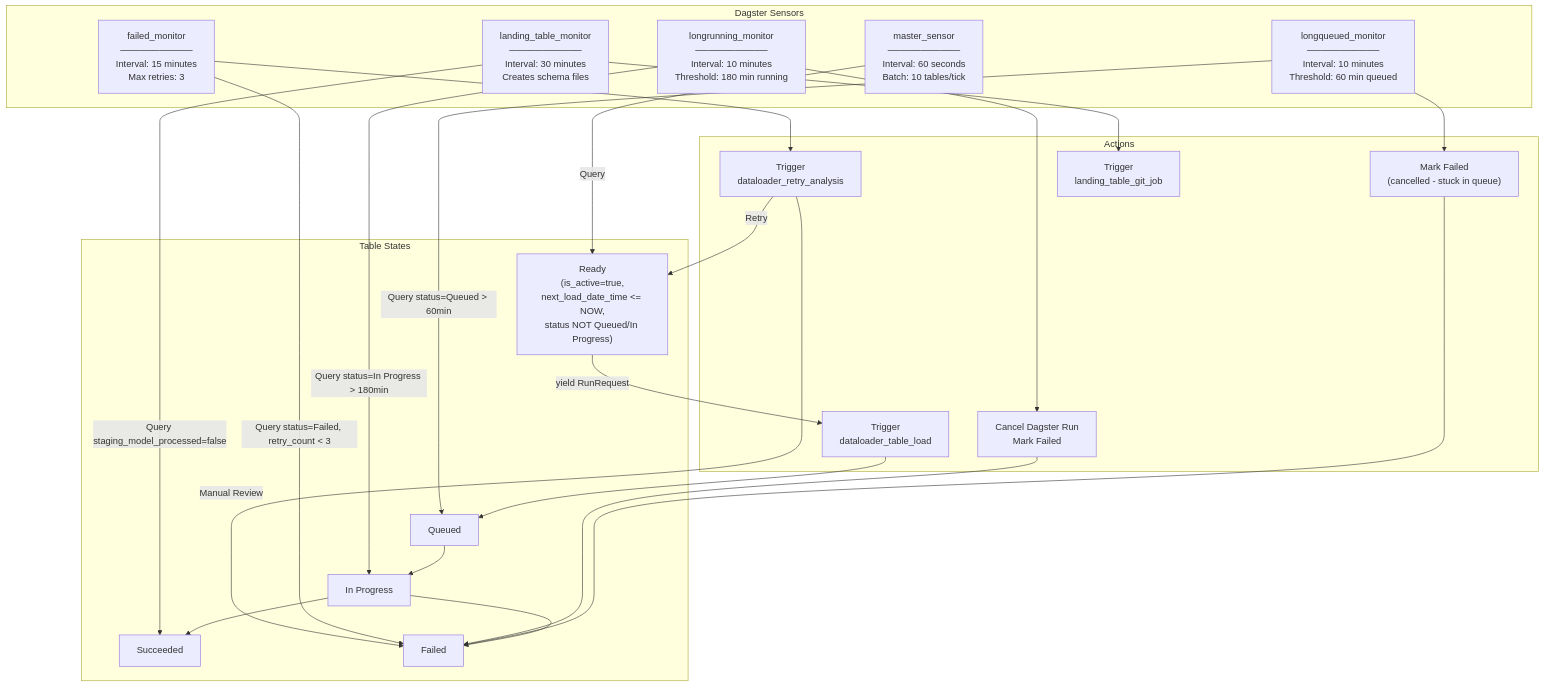
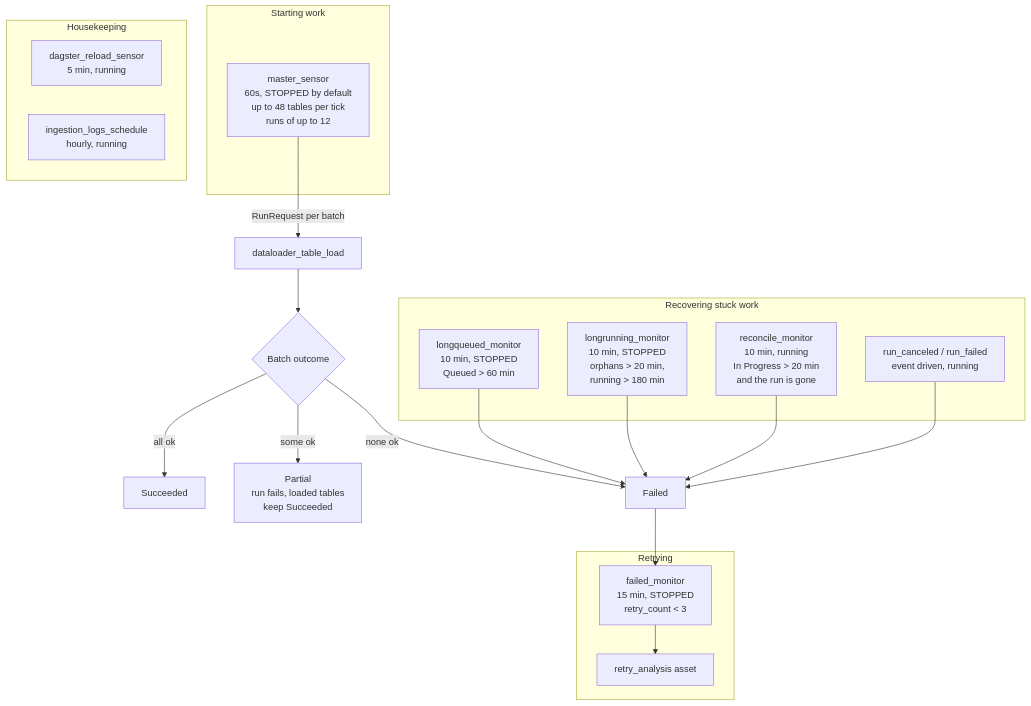
One commit to DakotaDataEng/dataloader-docs changed the fourth of 7 diagrams in diagrams/02-architecture.md. Above: the diagram before and after it, drawn with Mermaid. The commit also changed other lines of this file and 40 other files, not shown here.

````diff
--- a/diagrams/02-architecture.md
+++ b/diagrams/02-architecture.md
@@ -156,49 +143,36 @@
 ```mermaid
 flowchart TB
-    subgraph Sensors["Dagster Sensors"]
-        MS["master_sensor<br/>───────────<br/>Interval: 60 seconds<br/>Batch: 10 tables/tick"]
-        LQM["longqueued_monitor<br/>───────────<br/>Interval: 10 minutes<br/>Threshold: 60 min queued"]
-        LRM["longrunning_monitor<br/>───────────<br/>Interval: 10 minutes<br/>Threshold: 180 min running"]
-        FM["failed_monitor<br/>───────────<br/>Interval: 15 minutes<br/>Max retries: 3"]
-        LTM["landing_table_monitor<br/>───────────<br/>Interval: 30 minutes<br/>Creates schema files"]
+    subgraph Work["Starting work"]
+        MS["master_sensor<br/>60s, STOPPED by default<br/>up to 48 tables per tick<br/>runs of up to 12"]
     end
 
-    subgraph TableStates["Table States"]
-        Ready["Ready<br/>(is_active=true,<br/>next_load_date_time <= NOW,<br/>status NOT Queued/In Progress)"]
-        Queued["Queued"]
-        InProgress["In Progress"]
-        Succeeded["Succeeded"]
-        Failed["Failed"]
+    subgraph Recover["Recovering stuck work"]
+        LQM["longqueued_monitor<br/>10 min, STOPPED<br/>Queued &gt; 60 min"]
+        LRM["longrunning_monitor<br/>10 min, STOPPED<br/>orphans &gt; 20 min,<br/>running &gt; 180 min"]
+        RM["reconcile_monitor<br/>10 min, running<br/>In Progress &gt; 20 min<br/>and the run is gone"]
+        RS["run_canceled / run_failed<br/>event driven, running"]
     end
 
-    subgraph Actions["Actions"]
-        TriggerLoad["Trigger<br/>dataloader_table_load"]
-        CancelQueued["Mark Failed<br/>(cancelled - stuck in queue)"]
-        CancelRunning["Cancel Dagster Run<br/>Mark Failed"]
-        AIAnalysis["Trigger<br/>dataloader_retry_analysis"]
-        GitJob["Trigger<br/>landing_table_git_job"]
+    subgraph Retry["Retrying"]
+        FM["failed_monitor<br/>15 min, STOPPED<br/>retry_count &lt; 3"]
+        ARA["retry_analysis asset"]
     end
 
-    MS -->|Query| Ready
-    Ready -->|yield RunRequest| TriggerLoad
-    TriggerLoad --> Queued
-    Queued --> InProgress
-    InProgress --> Succeeded
-    InProgress --> Failed
+    subgraph Housekeeping["Housekeeping"]
+        RLS["dagster_reload_sensor<br/>5 min, running"]
+        ILS["ingestion_logs_schedule<br/>hourly, running"]
+    end
 
-    LQM -->|Query status=Queued > 60min| Queued
-    LQM --> CancelQueued
-    CancelQueued --> Failed
+    MS -->|RunRequest per batch| Load["dataloader_table_load"]
+    Load --> Outcome{"Batch outcome"}
+    Outcome -->|all ok| Succ["Succeeded"]
+    Outcome -->|some ok| Part["Partial<br/>run fails, loaded tables<br/>keep Succeeded"]
+    Outcome -->|none ok| Fail["Failed"]
 
-    LRM -->|Query status=In Progress > 180min| InProgress
-    LRM --> CancelRunning
-    CancelRunning --> Failed
-
-    FM -->|Query status=Failed, retry_count < 3| Failed
-    FM --> AIAnalysis
-    AIAnalysis -->|Retry| Ready
-    AIAnalysis -->|Manual Review| Failed
-
-    LTM -->|Query staging_model_processed=false| Succeeded
-    LTM --> GitJob
+    LQM --> Fail
+    LRM --> Fail
+    RM --> Fail
+    RS --> Fail
+    Fail --> FM
+    FM --> ARA
 ```
````
